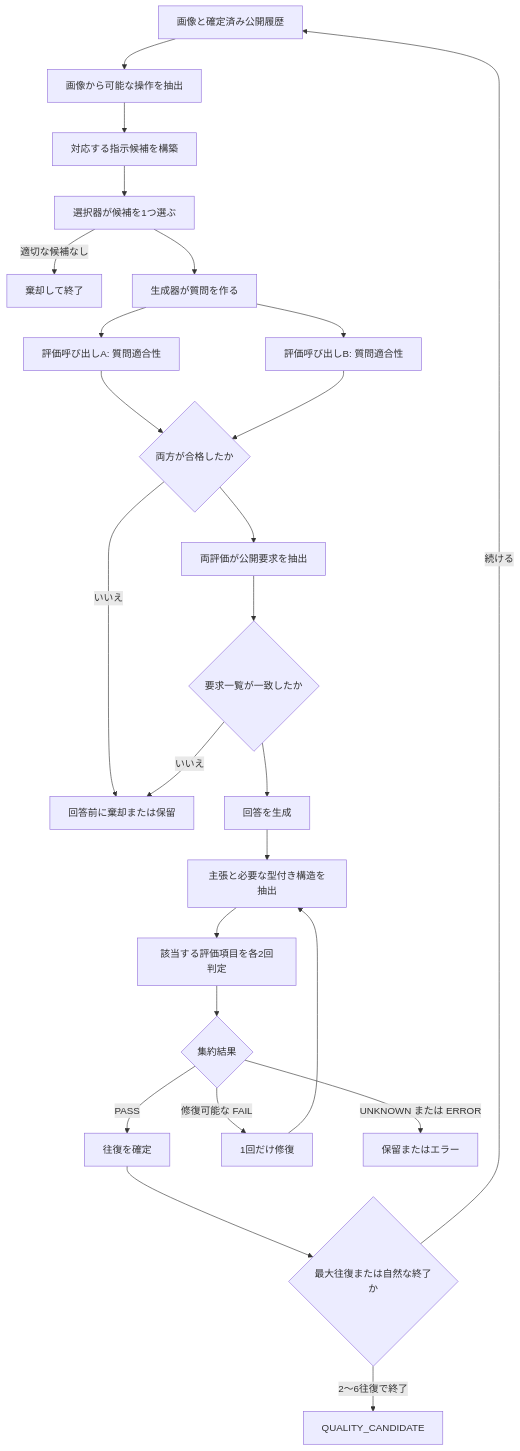
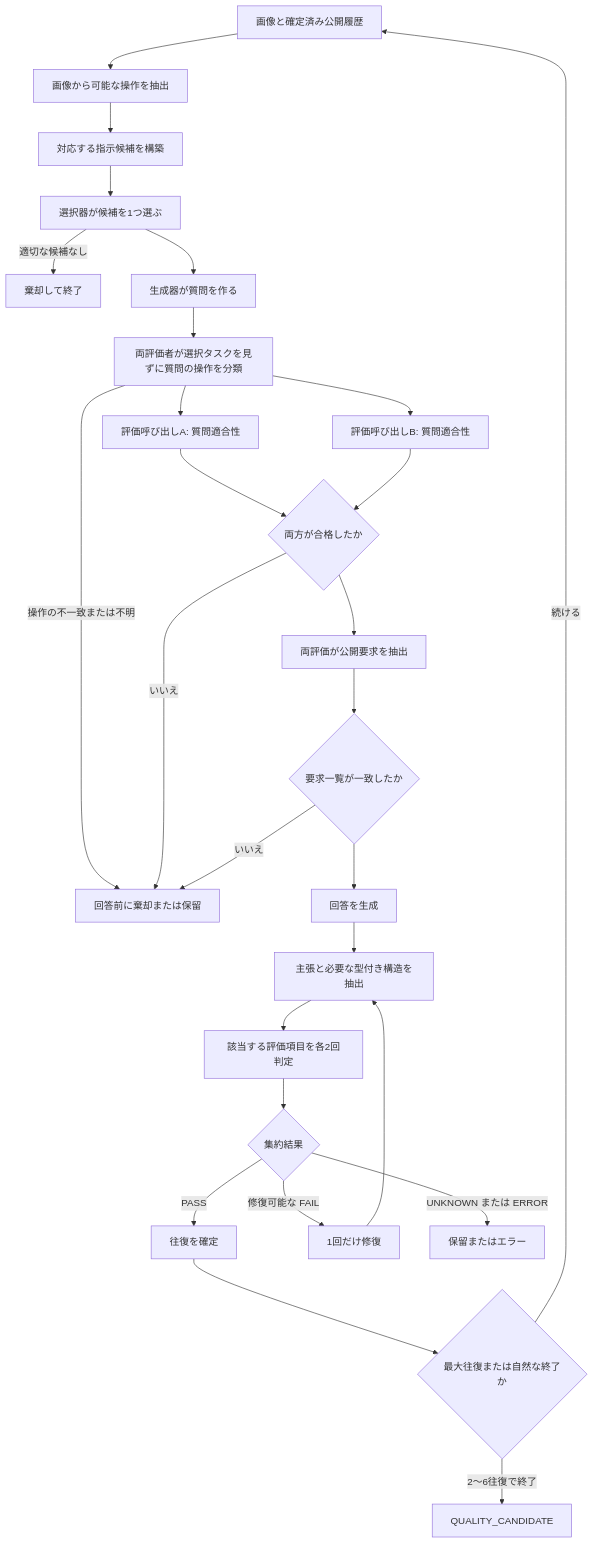
The diagram in docs/pipeline/generation-and-evaluation_ja.md (Onely7/Pixelogue), drawn with Mermaid before and after one commit. The commit also changed other lines of this file and 12 other files, not shown here.

Commit message:
fix: harden synthesis schemas and question gates

````diff
--- a/docs/pipeline/generation-and-evaluation_ja.md
+++ b/docs/pipeline/generation-and-evaluation_ja.md
@@ -54,27 +54,29 @@
 ```mermaid
 flowchart TD
     A[画像と確定済み公開履歴] --> B[画像から可能な操作を抽出]
     B --> C[対応する指示候補を構築]
     C --> D[選択器が候補を1つ選ぶ]
     D -->|適切な候補なし| X[棄却して終了]
     D --> E[生成器が質問を作る]
-    E --> F[評価呼び出しA: 質問適合性]
-    E --> G[評価呼び出しB: 質問適合性]
+    E --> T[両評価者が選択タスクを見ずに質問の操作を分類]
+    T -->|操作の不一致または不明| Y[回答前に棄却または保留]
+    T --> F[評価呼び出しA: 質問適合性]
+    T --> G[評価呼び出しB: 質問適合性]
     F --> H{両方が合格したか}
     G --> H
     H -->|いいえ| Y[回答前に棄却または保留]
     H --> I[両評価が公開要求を抽出]
     I --> J{要求一覧が一致したか}
     J -->|いいえ| Y
     J --> K[回答を生成]
     K --> L[主張と必要な型付き構造を抽出]
     L --> M[該当する評価項目を各2回判定]
     M --> N{集約結果}
     N -->|PASS| O[往復を確定]
     N -->|修復可能な FAIL| P[1回だけ修復]
     P --> L
     N -->|UNKNOWN または ERROR| Q[保留またはエラー]
     O --> R{最大往復または自然な終了か}
     R -->|続ける| A
     R -->|2〜6往復で終了| S[QUALITY_CANDIDATE]
 ```
````
